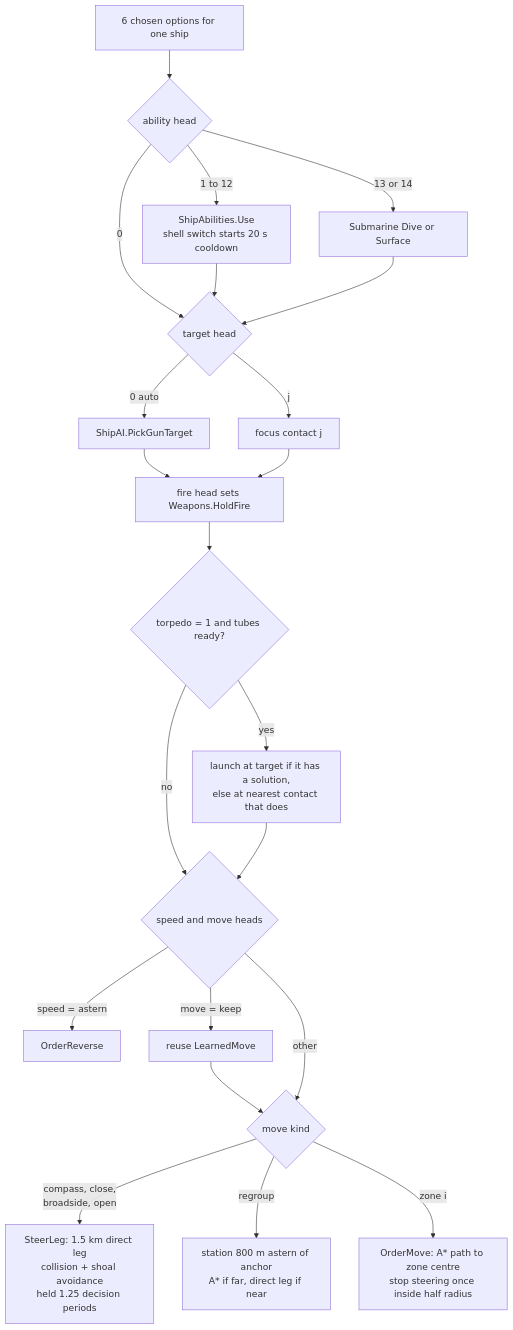
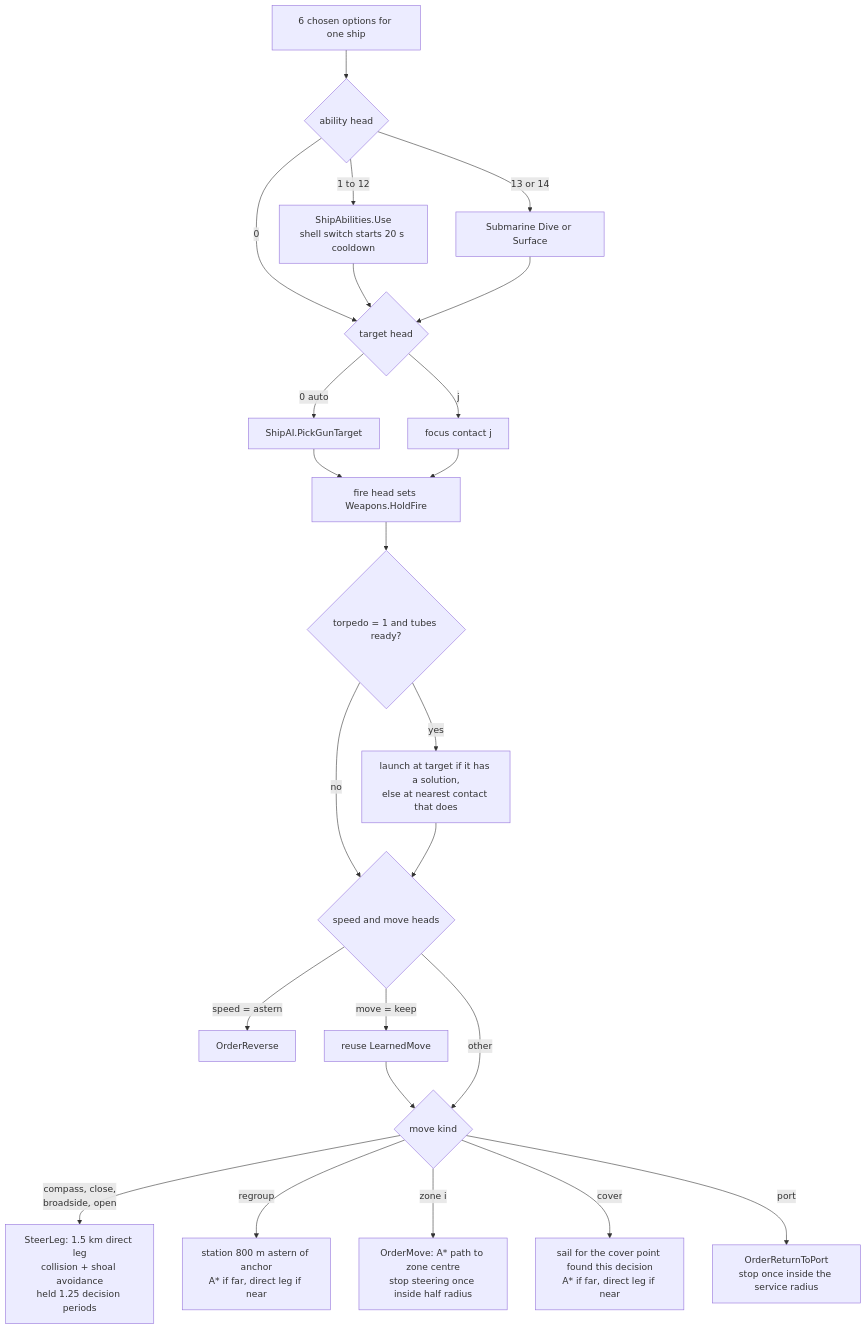
The sixth of 14 diagrams in RL_README.md (UTS-WOW/WOW-Simulation), drawn with Mermaid before and after one commit. The commit also changed other lines of this file and 41 other files, not shown here.

````diff
--- a/RL_README.md
+++ b/RL_README.md
@@ -560,24 +601,26 @@
 ```mermaid
 flowchart TD
     IN["6 chosen options for one ship"] --> AB{"ability head"}
     AB -->|"1 to 12"| USE["ShipAbilities.Use<br/>shell switch starts 20 s cooldown"]
     AB -->|"13 or 14"| SUB["Submarine Dive or Surface"]
     AB -->|"0"| TG
     USE --> TG
     SUB --> TG
     TG{"target head"} -->|"0 auto"| AUTO["ShipAI.PickGunTarget"]
     TG -->|"j"| FOC["focus contact j"]
     AUTO --> FIRE["fire head sets Weapons.HoldFire"]
     FOC --> FIRE
     FIRE --> TORP{"torpedo = 1 and tubes ready?"}
     TORP -->|"yes"| LAUNCH["launch at target if it has a solution,<br/>else at nearest contact that does"]
     TORP -->|"no"| MV
     LAUNCH --> MV{"speed and move heads"}
     MV -->|"speed = astern"| REV["OrderReverse"]
     MV -->|"move = keep"| LAST["reuse LearnedMove"]
     LAST --> MV2
     MV -->|"other"| MV2{"move kind"}
     MV2 -->|"compass, close,<br/>broadside, open"| LEG["SteerLeg: 1.5 km direct leg<br/>collision + shoal avoidance<br/>held 1.25 decision periods"]
     MV2 -->|"regroup"| RG["station 800 m astern of anchor<br/>A* if far, direct leg if near"]
     MV2 -->|"zone i"| ZN["OrderMove: A* path to zone centre<br/>stop steering once inside half radius"]
+    MV2 -->|"cover"| CV["sail for the cover point found this decision<br/>A* if far, direct leg if near"]
+    MV2 -->|"port"| PT["OrderReturnToPort<br/>stop once inside the service radius"]
 ```
````
